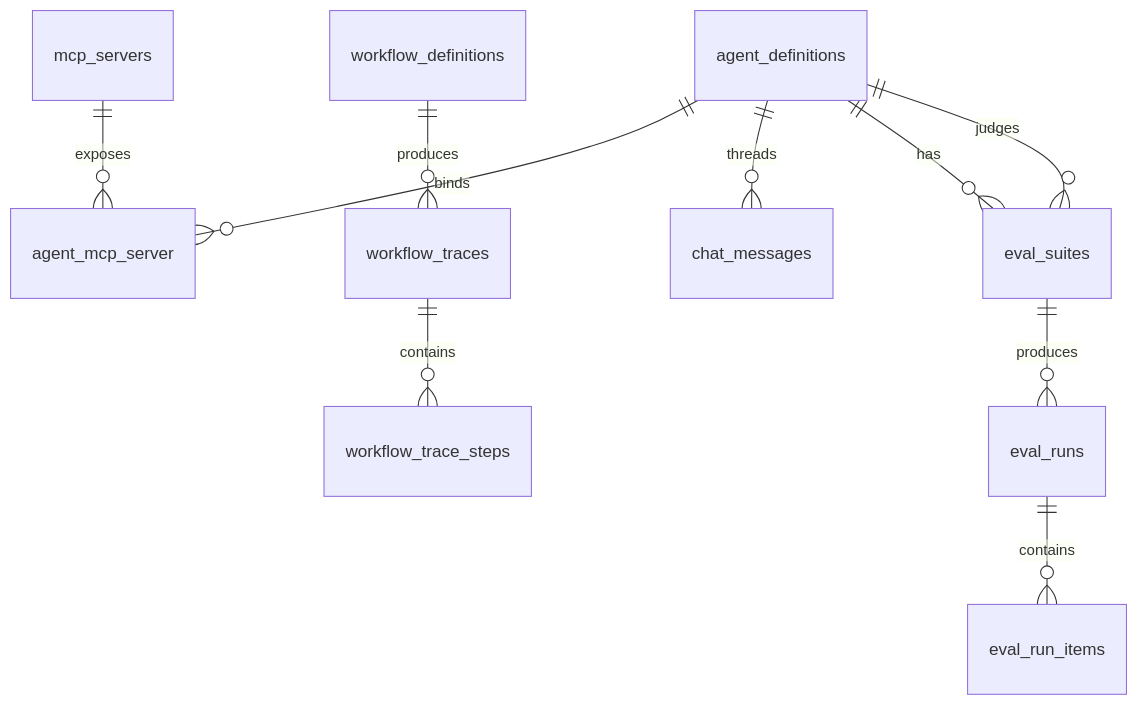
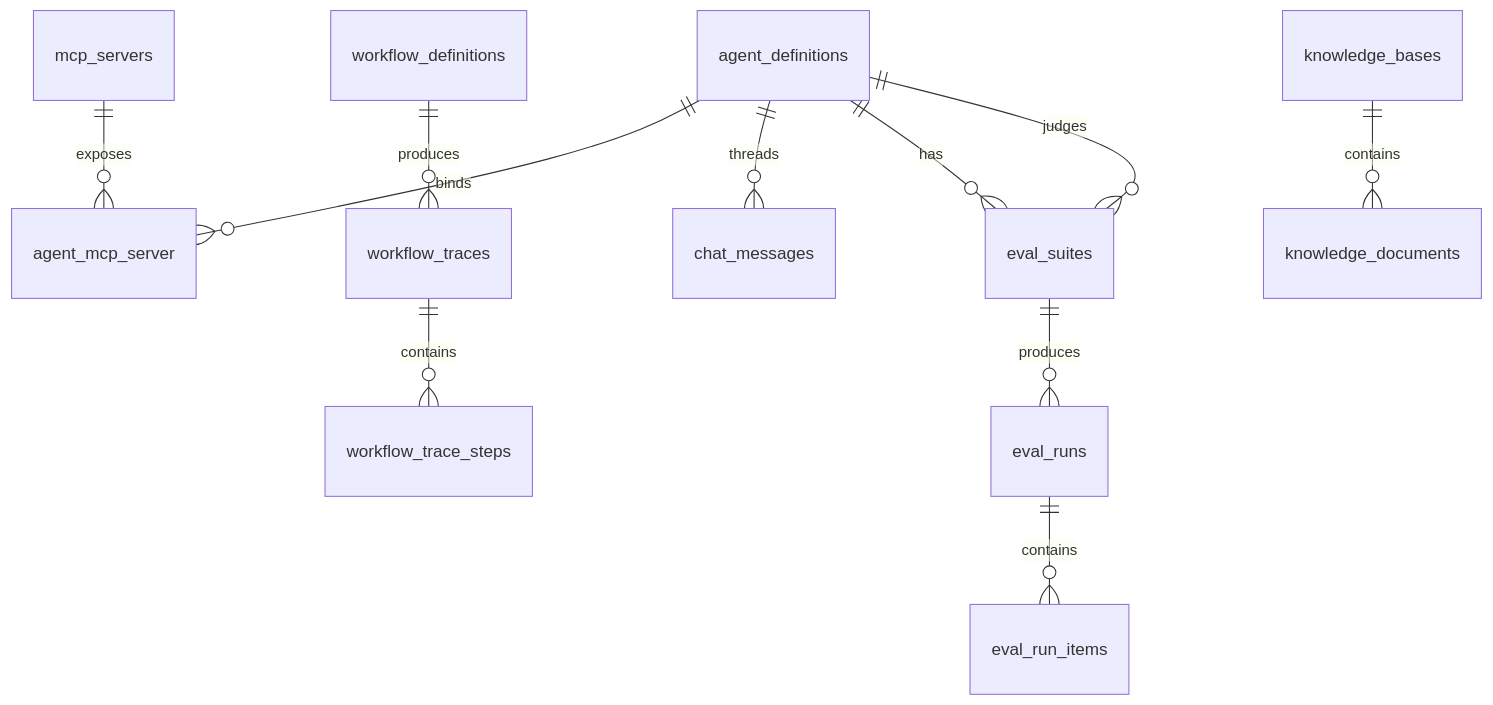
Before and after one commit to digitalelvis/neuronai-studio: the diagram in docs/reference/database-schema.md, drawn with Mermaid. The commit also changed other lines of this file and 14 other files, not shown here.

````diff
--- a/docs/reference/database-schema.md
+++ b/docs/reference/database-schema.md
@@ -29,12 +31,13 @@
 ```mermaid
 erDiagram
     agent_definitions ||--o{ agent_mcp_server : binds
     mcp_servers ||--o{ agent_mcp_server : exposes
     workflow_definitions ||--o{ workflow_traces : produces
     workflow_traces ||--o{ workflow_trace_steps : contains
     agent_definitions ||--o{ chat_messages : threads
     agent_definitions ||--o{ eval_suites : has
     agent_definitions ||--o{ eval_suites : judges
     eval_suites ||--o{ eval_runs : produces
     eval_runs ||--o{ eval_run_items : contains
+    knowledge_bases ||--o{ knowledge_documents : contains
 ```
````
